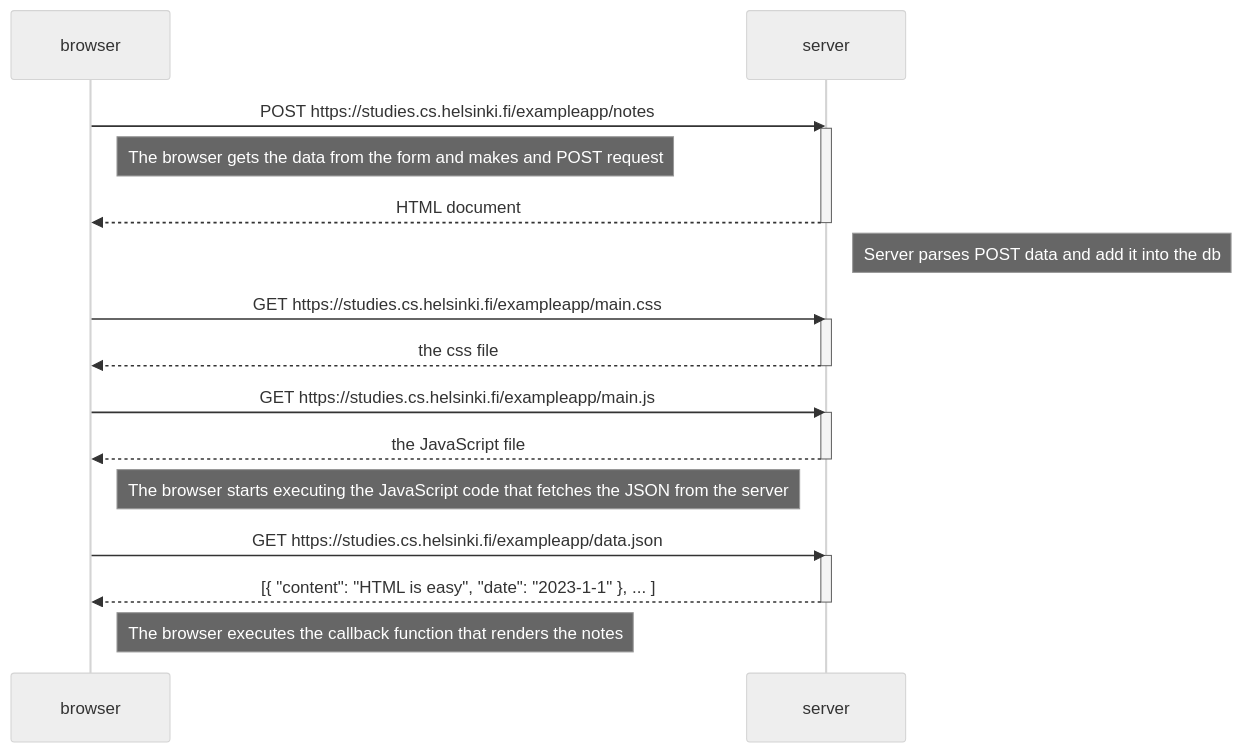
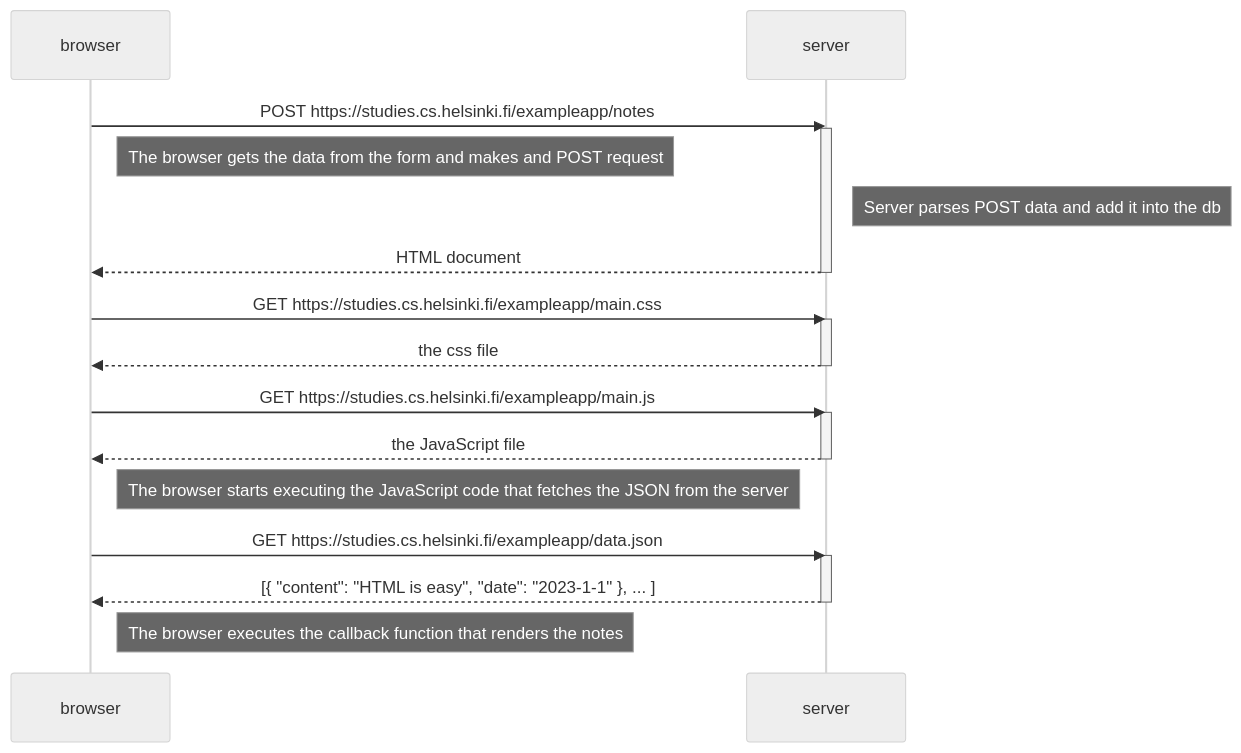
The diagram in part0/newNote.md (saert3311/open_fullstack), drawn with Mermaid (neutral theme) before and after one commit. The commit also changed other lines of this file, not shown here.

````diff
--- a/part0/newNote.md
+++ b/part0/newNote.md
@@ -3,32 +3,32 @@
 ```mermaid
 sequenceDiagram
     participant browser
     participant server
 
     browser->>server: POST https://studies.cs.helsinki.fi/exampleapp/notes
     activate server
     Note right of browser: The browser gets the data from the form and makes and POST request
+    Note right of server: Server parses POST data and add it into the db
     server-->>browser: HTML document
     deactivate server
-    Note right of server: Server parses POST data and add it into the db
 
     browser->>server: GET https://studies.cs.helsinki.fi/exampleapp/main.css
     activate server
     server-->>browser: the css file
     deactivate server
 
     browser->>server: GET https://studies.cs.helsinki.fi/exampleapp/main.js
     activate server
     server-->>browser: the JavaScript file
     deactivate server
 
     Note right of browser: The browser starts executing the JavaScript code that fetches the JSON from the server
 
     browser->>server: GET https://studies.cs.helsinki.fi/exampleapp/data.json
     activate server
     server-->>browser: [{ "content": "HTML is easy", "date": "2023-1-1" }, ... ]
     deactivate server
 
     Note right of browser: The browser executes the callback function that renders the notes
     
 ```
````
